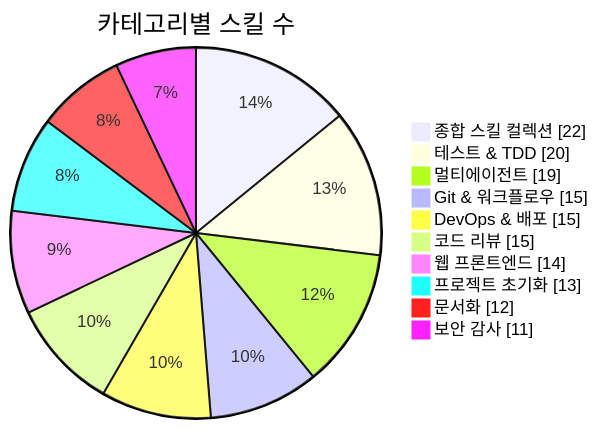
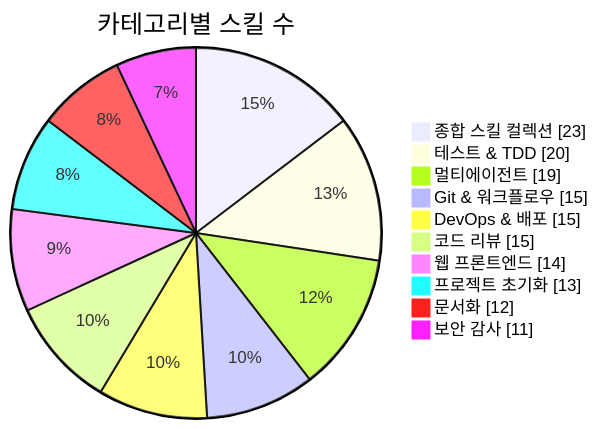
Before and after one commit to J-nowcow/awesome-korean-agent-skills: the first of 3 diagrams in README.md, drawn with Mermaid. The commit also changed other lines of this file and 4 other files, not shown here.

````diff
--- a/README.md
+++ b/README.md
@@ -176,14 +176,14 @@
 ```mermaid
 pie showData
     title 카테고리별 스킬 수
-    "종합 스킬 컬렉션" : 22
+    "종합 스킬 컬렉션" : 23
     "테스트 & TDD" : 20
     "멀티에이전트" : 19
     "Git & 워크플로우" : 15
     "DevOps & 배포" : 15
     "코드 리뷰" : 15
     "웹 프론트엔드" : 14
     "프로젝트 초기화" : 13
     "문서화" : 12
     "보안 감사" : 11
 ```
````
